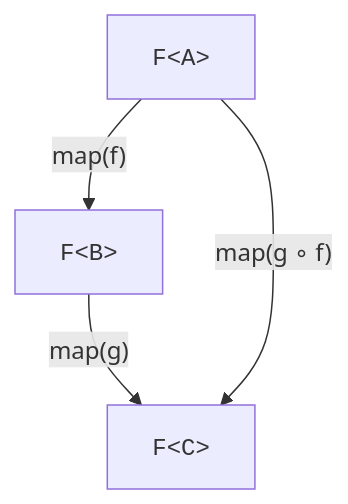
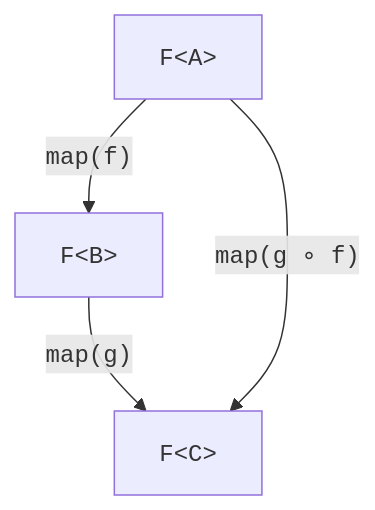
The diagram in content/courses/functional-programming-typescript/category-theory-intuitions.mdx (dataslope/dataslope), drawn with Mermaid before and after one commit. The commit also changed 65 other files, not shown here.

First line of the commit message:
Set code in every mermaid label in the mono face

````diff
--- a/content/courses/functional-programming-typescript/category-theory-intuitions.mdx
+++ b/content/courses/functional-programming-typescript/category-theory-intuitions.mdx
@@ -99,6 +99,6 @@
 ```mermaid
 flowchart TD
-    A["<code>F&lt;A&gt;</code>"] -- "map(f)" --> B["<code>F&lt;B&gt;</code>"]
-    B -- "map(g)" --> C["<code>F&lt;C&gt;</code>"]
-    A -- "map(g ∘ f)" --> C
+    A["<code>F&lt;A&gt;</code>"] -- "<code>map(f)</code>" --> B["<code>F&lt;B&gt;</code>"]
+    B -- "<code>map(g)</code>" --> C["<code>F&lt;C&gt;</code>"]
+    A -- "<code>map(g ∘ f)</code>" --> C
 ```
````
